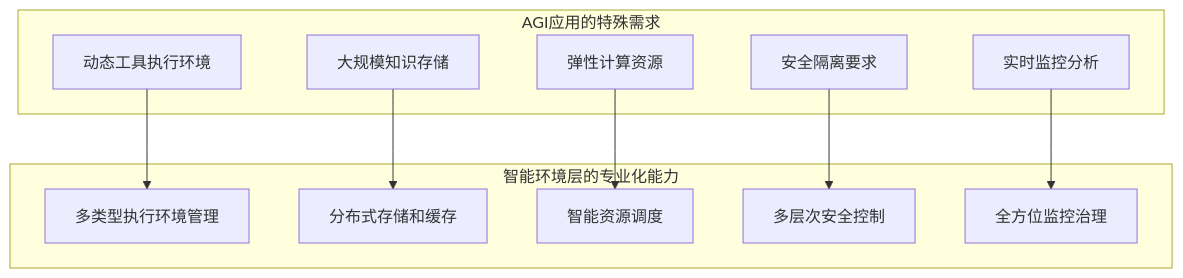
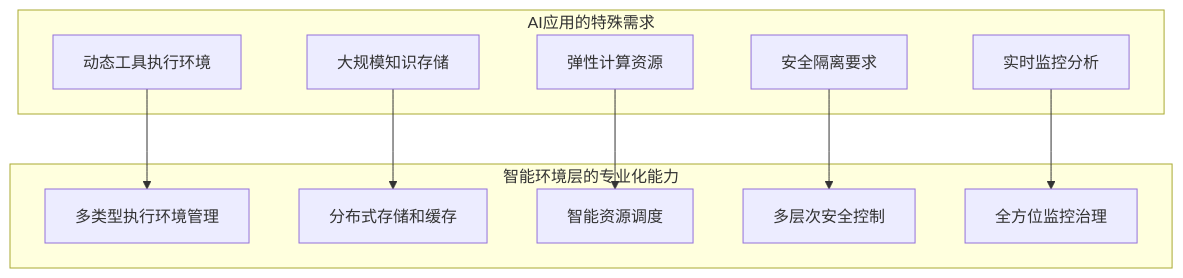
The fourth of 5 diagrams in 第四部分_智能大脑工程学/4.4_智能环境层/4.4.0_智能环境层概述.md (youyoude/agi-app-dev-guide-book), drawn with Mermaid before and after one commit. The commit also changed other lines of this file and 27 other files, not shown here.

````diff
--- a/第四部分_智能大脑工程学/4.4_智能环境层/4.4.0_智能环境层概述.md
+++ b/第四部分_智能大脑工程学/4.4_智能环境层/4.4.0_智能环境层概述.md
@@ -202,24 +202,24 @@
 ```mermaid
 graph TB
-    subgraph "AGI应用的特殊需求"
+    subgraph "AI应用的特殊需求"
         REQ1[动态工具执行环境]
         REQ2[大规模知识存储]
         REQ3[弹性计算资源]
         REQ4[安全隔离要求]
         REQ5[实时监控分析]
     end
     
     subgraph "智能环境层的专业化能力"
         CAP1[多类型执行环境管理]
         CAP2[分布式存储和缓存]
         CAP3[智能资源调度]
         CAP4[多层次安全控制]
         CAP5[全方位监控治理]
     end
     
     REQ1 --> CAP1
     REQ2 --> CAP2
     REQ3 --> CAP3
     REQ4 --> CAP4
     REQ5 --> CAP5
 ```
````
